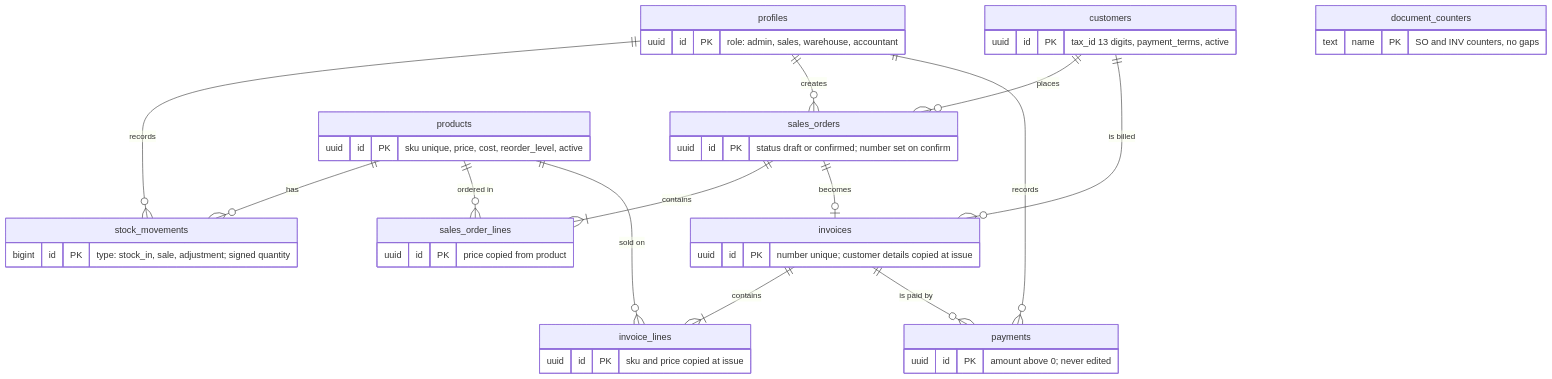
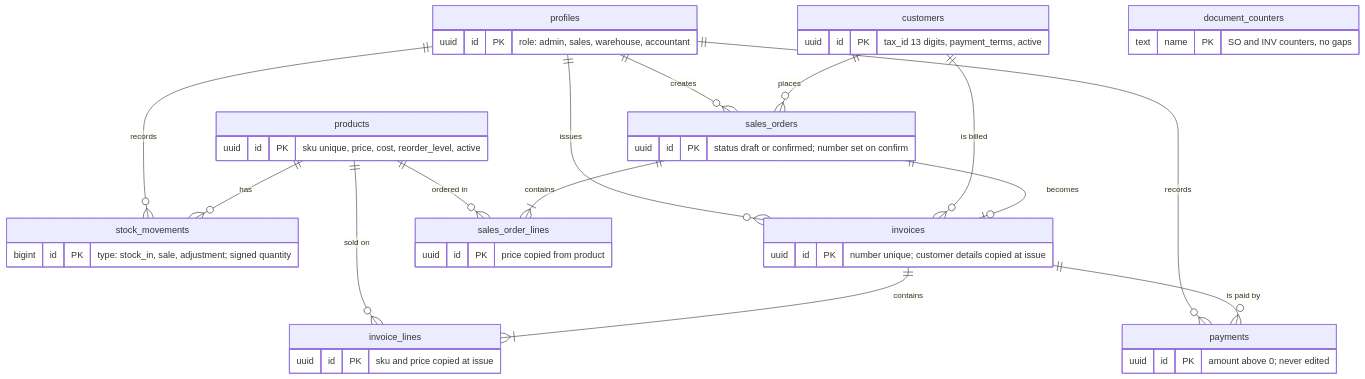
Before and after one commit to rampamm/mini-erp-: the diagram in README.md, drawn with Mermaid.

Commit message:
docs: add the invoices-to-profiles relationship the ER diagram was missing

````diff
--- a/README.md
+++ b/README.md
@@ -53,26 +53,27 @@
 ```mermaid
 erDiagram
     profiles ||--o{ stock_movements : "records"
     profiles ||--o{ sales_orders : "creates"
     profiles ||--o{ payments : "records"
+    profiles ||--o{ invoices : "issues"
     products ||--o{ stock_movements : "has"
     products ||--o{ sales_order_lines : "ordered in"
     products ||--o{ invoice_lines : "sold on"
     customers ||--o{ sales_orders : "places"
     customers ||--o{ invoices : "is billed"
     sales_orders ||--|{ sales_order_lines : "contains"
     sales_orders ||--o| invoices : "becomes"
     invoices ||--|{ invoice_lines : "contains"
     invoices ||--o{ payments : "is paid by"
 
     profiles { uuid id PK "role: admin, sales, warehouse, accountant" }
     products { uuid id PK "sku unique, price, cost, reorder_level, active" }
     customers { uuid id PK "tax_id 13 digits, payment_terms, active" }
     stock_movements { bigint id PK "type: stock_in, sale, adjustment; signed quantity" }
     sales_orders { uuid id PK "status draft or confirmed; number set on confirm" }
     sales_order_lines { uuid id PK "price copied from product" }
     invoices { uuid id PK "number unique; customer details copied at issue" }
     invoice_lines { uuid id PK "sku and price copied at issue" }
     payments { uuid id PK "amount above 0; never edited" }
     document_counters { text name PK "SO and INV counters, no gaps" }
 ```
````
